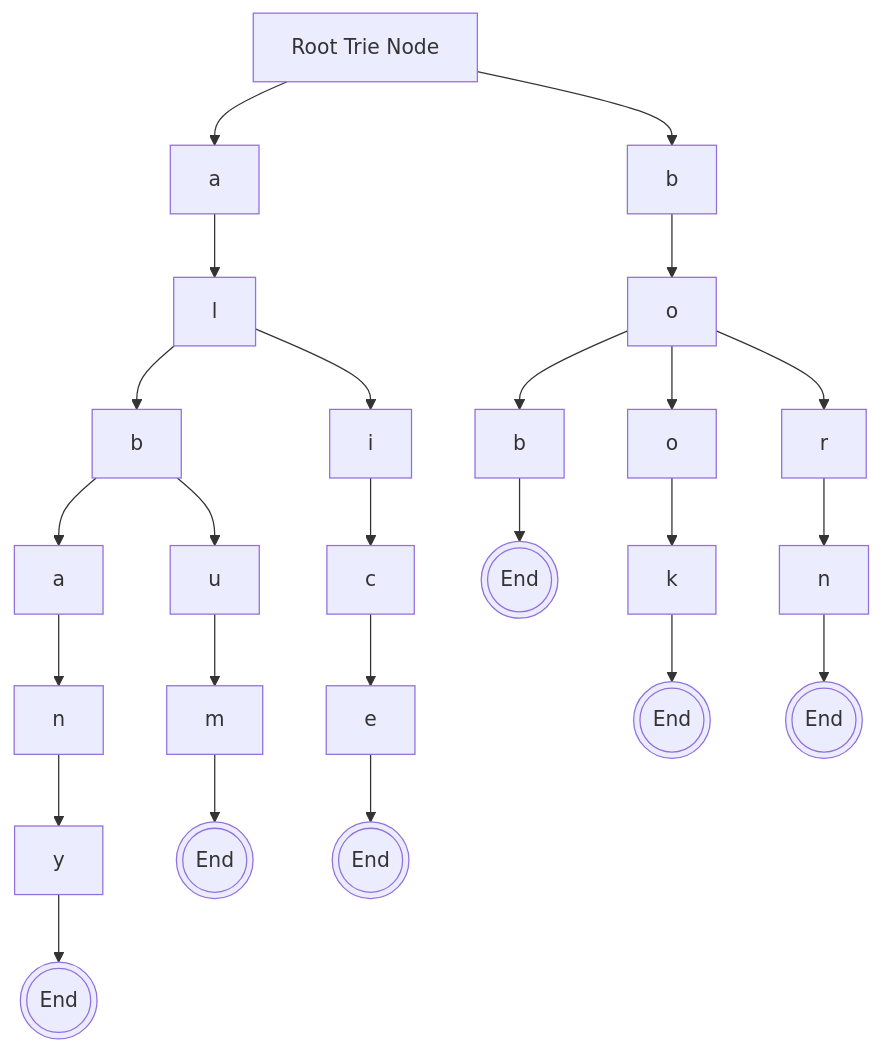
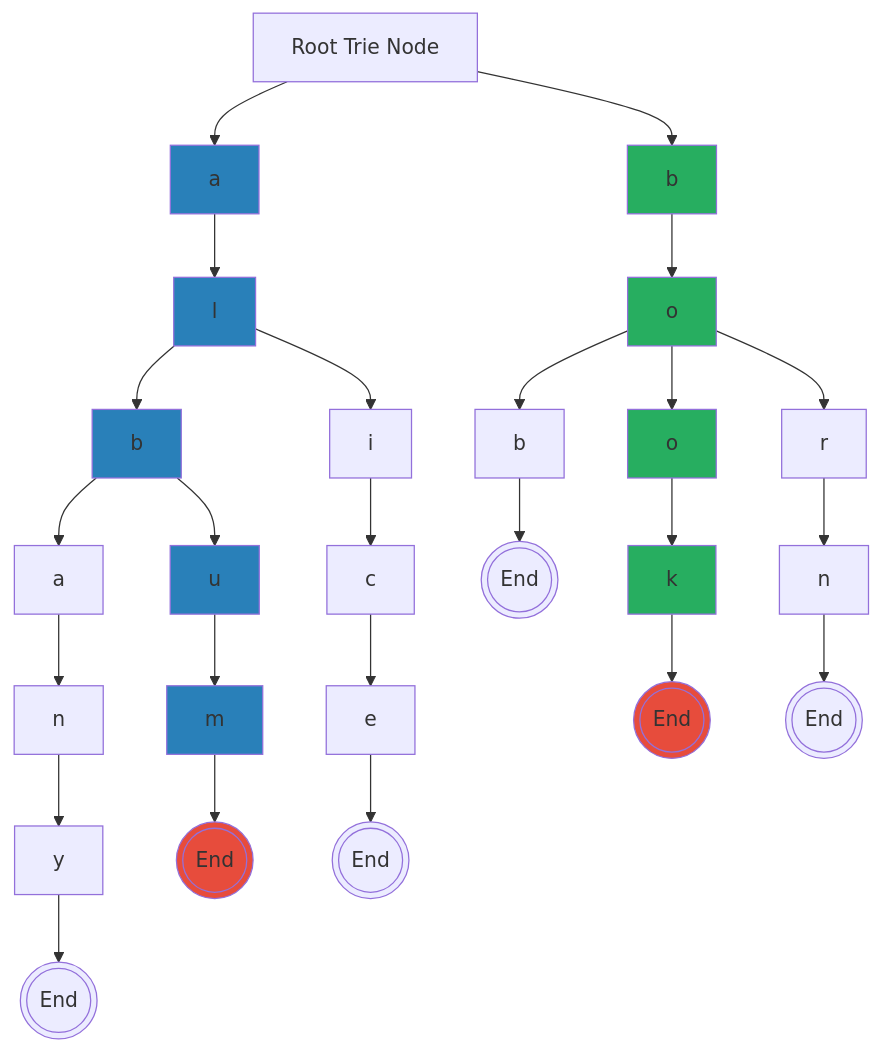
One commit to kamauwashington/trie-structure changed the diagram in README.md. Above: the diagram before and after it, drawn with Mermaid.

Commit message:
added color to paths

````diff
--- a/README.md
+++ b/README.md
@@ -36,28 +36,41 @@
 ```mermaid
 graph TD;
     Root[Root Trie Node]-->a;
     a-->al[l]
     al-->alb[b];
     alb-->alba[a]
     alba-->alban[n]
     alban-->albany[y]
     albany-->-stop@{ shape: dbl-circ, label: "End" }
     alb-->albu[u]
     albu-->album[m]
     album-->album-stop@{ shape: dbl-circ, label: "End" }
     al-->ali[i]
     ali-->alic[c]
     alic-->alice[e]
     alice-->alice-stop@{ shape: dbl-circ, label: "End" }
 
     Root-->b[b]
     b-->bo[o]
     bo-->bob[b]
     bob-->bob-stop@{ shape: dbl-circ, label: "End" }
     bo-->boo[o]
     boo-->book[k]
     book-->book-stop@{ shape: dbl-circ, label: "End" }
     bo-->bor[r]
     bor-->born[n]
     born-->born-stop@{ shape: dbl-circ, label: "End" }
+
+    style a fill:#2980b9
+    style al fill:#2980b9
+    style alb fill:#2980b9
+    style albu fill:#2980b9
+    style album fill:#2980b9
+    style album-stop fill:#e74c3c
+
+    style b fill:#27ae60
+    style bo fill:#27ae60
+    style boo fill:#27ae60
+    style book fill:#27ae60
+    style book-stop fill:#e74c3c
 ```
````
